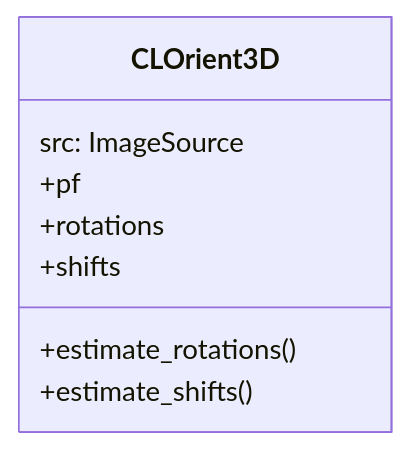
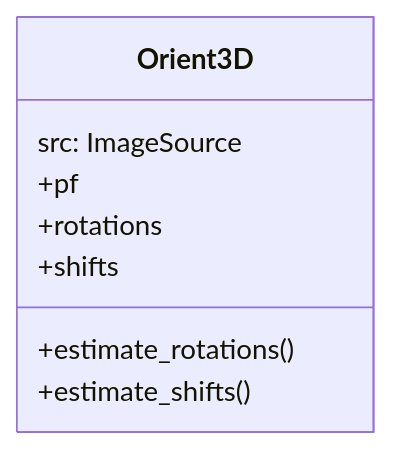
The first of 3 diagrams in docs/source/orientation_estimation.rst (ComputationalCryoEM/ASPIRE-Python), drawn with Mermaid before and after one commit. The commit also changed other lines of this file and 3 other files, not shown here.

```diff
--- a/docs/source/orientation_estimation.rst
+++ b/docs/source/orientation_estimation.rst
@@ -83,11 +83,11 @@
 .. mermaid::
 
    classDiagram
-       class CLOrient3D{
+       class Orient3D{
            src: ImageSource
 	   +estimate_rotations()
 	   +estimate_shifts()
 	   +pf
 	   +rotations
 	   +shifts
        }
```
